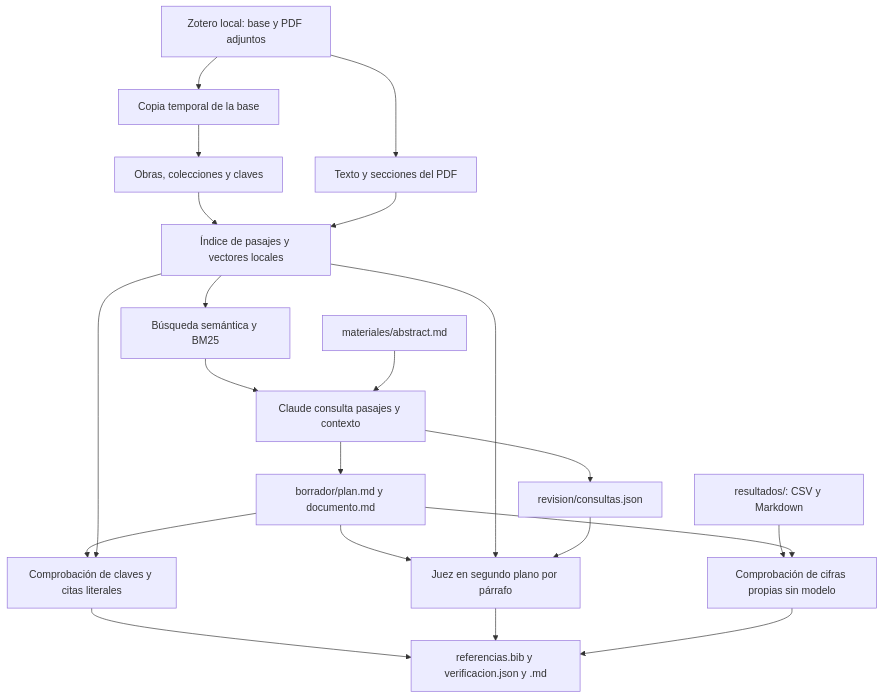
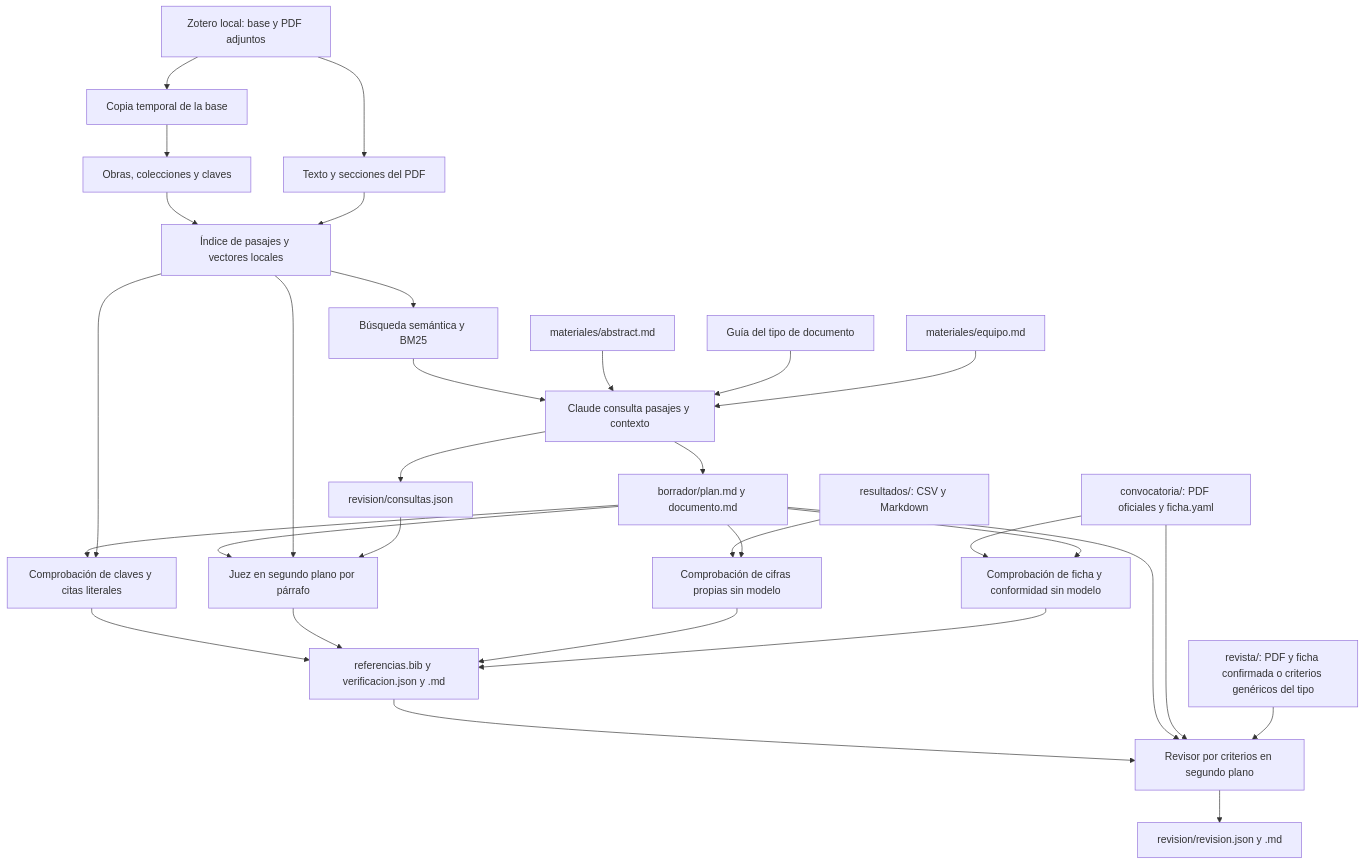
Before and after one commit to mikelval82/TheAiWriter: the diagram in docs/architecture.md, drawn with Mermaid. The commit also changed other lines of this file and 28 other files, not shown here.

First line of the commit message:
Convocatorias, revisor por criterios y verificación más fiable, versión 0.4.0

````diff
--- a/docs/architecture.md
+++ b/docs/architecture.md
@@ -47,23 +52,33 @@
 ```mermaid
 flowchart TD
     Z[Zotero local: base y PDF adjuntos] --> C[Copia temporal de la base]
     C --> O[Obras, colecciones y claves]
     Z --> P[Texto y secciones del PDF]
     O --> I[Índice de pasajes y vectores locales]
     P --> I
     I --> B[Búsqueda semántica y BM25]
     B --> L[Claude consulta pasajes y contexto]
     A[materiales/abstract.md] --> L
     L --> D[borrador/plan.md y documento.md]
     L --> Q[revision/consultas.json]
     D --> V[Comprobación de claves y citas literales]
     I --> V
     V --> R[referencias.bib y verificacion.json y .md]
     D --> J[Juez en segundo plano por párrafo]
     I --> J
     Q --> J
     J --> R
     T[resultados/: CSV y Markdown] --> F[Comprobación de cifras propias sin modelo]
     D --> F
     F --> R
+    G[Guía del tipo de documento] --> L
+    OCP[convocatoria/: PDF oficiales y ficha.yaml] --> K[Comprobación de ficha y conformidad sin modelo]
+    D --> K
+    K --> R
+    E[materiales/equipo.md] --> L
+    R --> REV[Revisor por criterios en segundo plano]
+    D --> REV
+    OCP --> REV
+    RC[revista/: PDF y ficha confirmada o criterios genéricos del tipo] --> REV
+    REV --> RR[revision/revision.json y .md]
 ```
````
